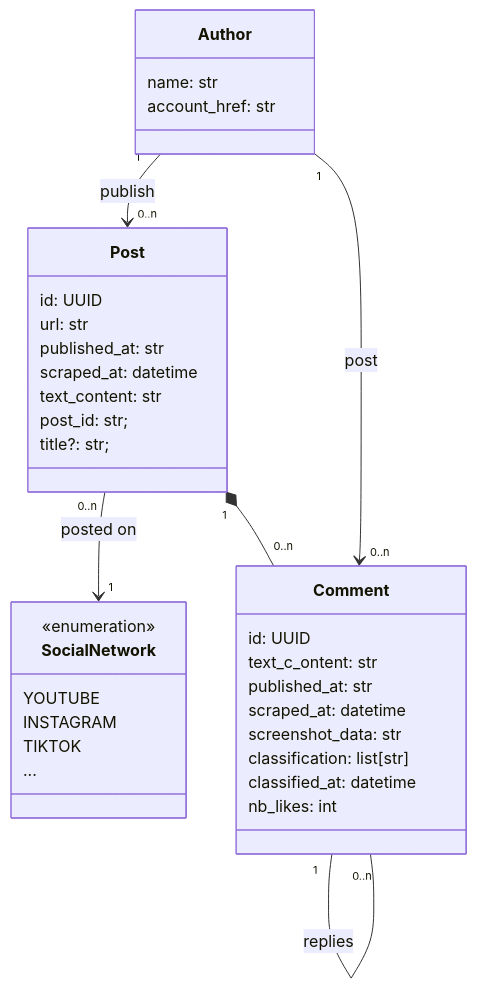
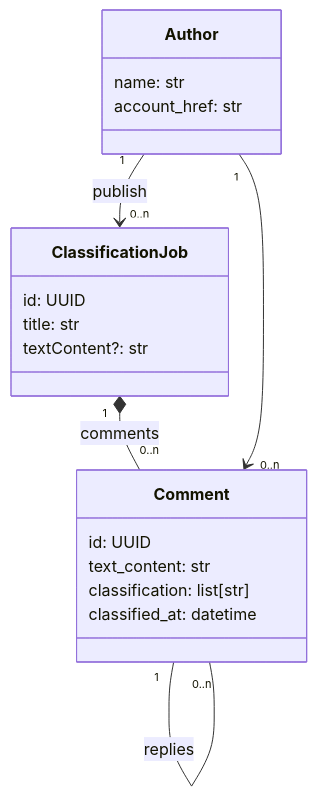
The diagram in docs/backend/model.md (dataforgoodfr/14_BalanceTesHaters), drawn with Mermaid before and after one commit. The commit also changed 9 other files, not shown here.

````diff
--- a/docs/backend/model.md
+++ b/docs/backend/model.md
@@ -3,41 +3,27 @@
 ```mermaid
 classDiagram
     class Author {
         name: str
         account_href: str
     }
 
-    class SocialNetwork {
-        <<enumeration>>
-        YOUTUBE
-        INSTAGRAM
-        TIKTOK
-        ...
+    class ClassificationJob {
+        id: UUID
+        title: str
+        textContent?: str
     }
-    class Post {
-        id: UUID
-        url: str
-        published_at: str
-        scraped_at: datetime
-        text_content: str
-        post_id: str;
-        title?: str;
-    }
-    Author "1" --> "0..n" Post : publish
-    Post "0..n" --> "1" SocialNetwork : posted on
 
+    Author "1" --> "0..n" ClassificationJob : publish
     class Comment {
         id: UUID
-        text_c_ontent: str
-        published_at: str
-        scraped_at: datetime
-        screenshot_data: str
+        text_content: str
         classification: list[str]
         classified_at: datetime
-        nb_likes: int
     }
 
-    Post "1" *-- "0..n" Comment
-    Author "1" --> "0..n" Comment : post
+    ClassificationJob "1" *-- "0..n" Comment : comments
+    Author "1" --> "0..n" Comment
     Comment "1" -- "0..n" Comment : replies
+
+
 ```
````
